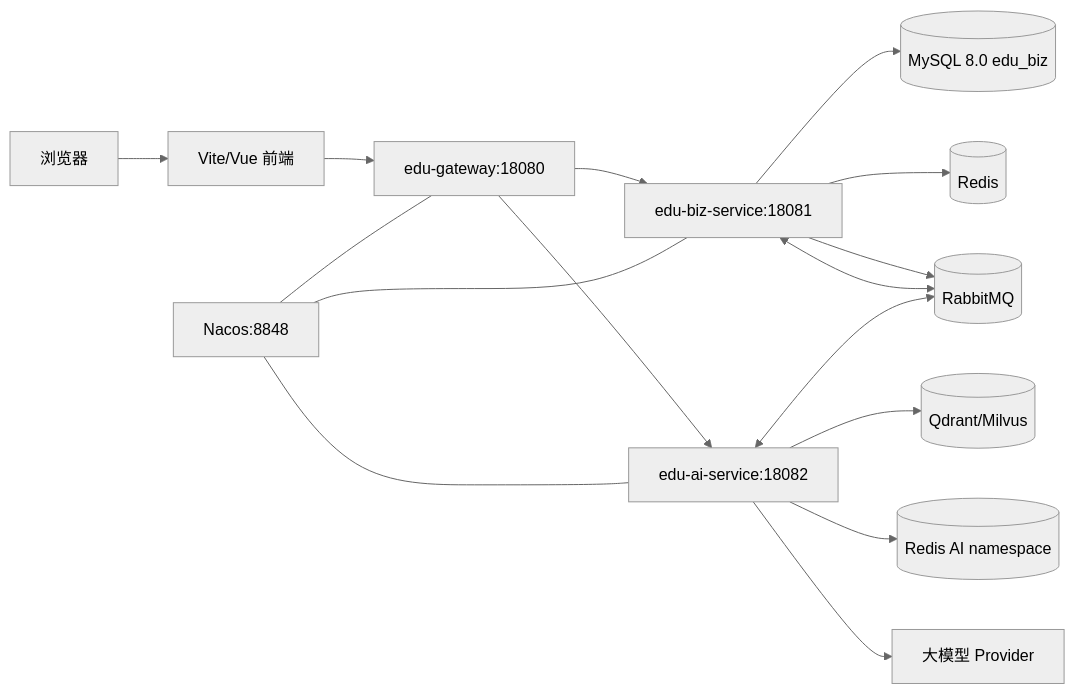
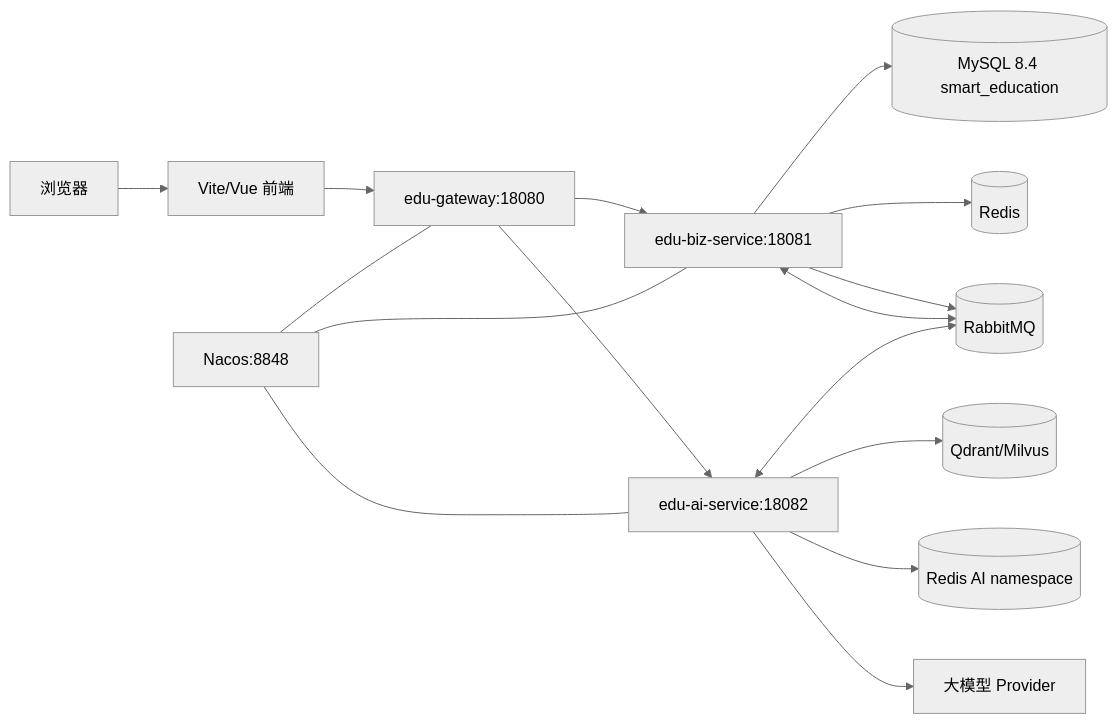
The sixth of 6 diagrams in 在线教育辅助教学系统_项目设计文档_第一组.md (tf-3766/smart_education), drawn with Mermaid (neutral theme) before and after one commit. The commit also changed other lines of this file and 20 other files, not shown here.

````diff
--- a/在线教育辅助教学系统_项目设计文档_第一组.md
+++ b/在线教育辅助教学系统_项目设计文档_第一组.md
@@ -1363,18 +1367,18 @@
 ```mermaid
 flowchart LR
     Browser[浏览器] --> FE[Vite/Vue 前端]
     FE --> GW[edu-gateway:18080]
     GW --> BIZ[edu-biz-service:18081]
     GW --> AI[edu-ai-service:18082]
-    BIZ --> MySQL[(MySQL 8.0 edu_biz)]
+    BIZ --> MySQL[(MySQL 8.4 smart_education)]
     BIZ --> Redis[(Redis)]
     BIZ --> Rabbit[(RabbitMQ)]
     AI --> Qdrant[(Qdrant/Milvus)]
     AI --> AiRedis[(Redis AI namespace)]
     AI --> LLM[大模型 Provider]
     BIZ <--> Rabbit
     AI <--> Rabbit
     Nacos[Nacos:8848] --- GW
     Nacos --- BIZ
     Nacos --- AI
 ```
````
